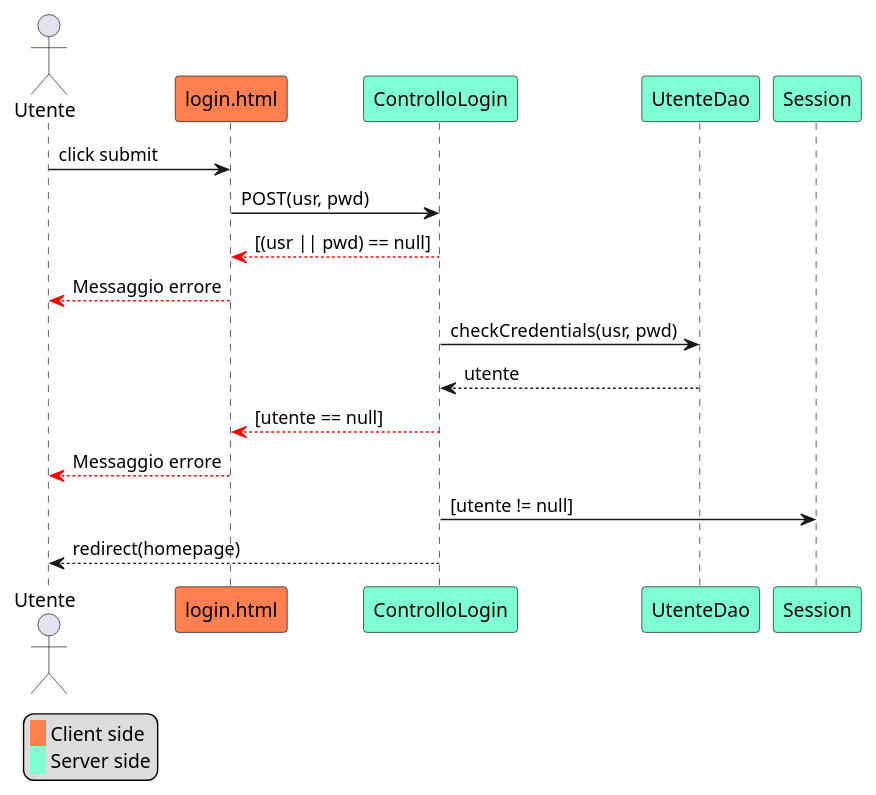
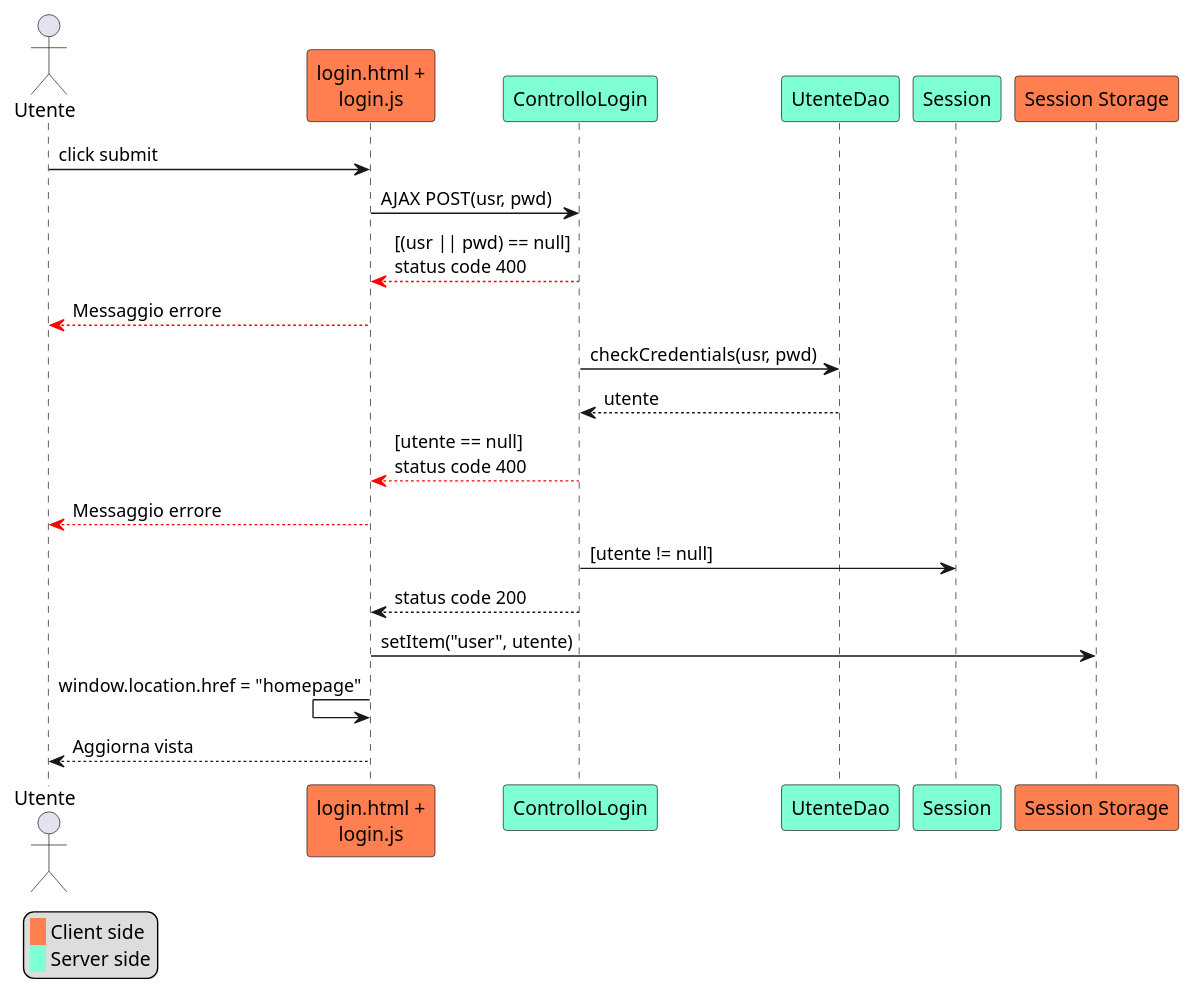
Before and after one commit to jonnysciar/TIW_Project: the diagram in doc/sequence_diagrams/JS/loginJS.puml, drawn with PlantUML. The commit also changed 8 other files, not shown here.

Commit message:
JS sequence diagram complete

```diff
--- a/doc/sequence_diagrams/JS/loginJS.puml
+++ b/doc/sequence_diagrams/JS/loginJS.puml
@@ -1,23 +1,28 @@
 @startuml
 legend left
  <back:#coral>   </back> Client side
  <back:#aquamarine>   </back> Server side
 endlegend
 
 actor Utente as utente
 skinparam ParticipantBackgroundColor coral
-participant "login.html" as login
+participant "login.html +\nlogin.js" as login
 
 utente -> login: click submit
 
 skinparam ParticipantBackgroundColor aquamarine
-login -> ControlloLogin: POST(usr, pwd)
-ControlloLogin -[#red]-> login: [(usr || pwd) == null]
+login -> ControlloLogin: AJAX POST(usr, pwd)
+ControlloLogin -[#red]-> login: [(usr || pwd) == null]\nstatus code 400
 login -[#red]-> utente: Messaggio errore
 ControlloLogin -> UtenteDao: checkCredentials(usr, pwd)
 UtenteDao --> ControlloLogin: utente
-ControlloLogin -[#red]-> login: [utente == null]
+ControlloLogin -[#red]-> login: [utente == null]\nstatus code 400
 login -[#red]-> utente: Messaggio errore
 ControlloLogin -> Session: [utente != null]
-ControlloLogin --> utente: redirect(homepage)
+
+skinparam ParticipantBackgroundColor coral
+ControlloLogin --> login: status code 200
+login -> "Session Storage":setItem("user", utente)
+login <- login: window.location.href = "homepage"
+login --> utente: Aggiorna vista
 @enduml
```
